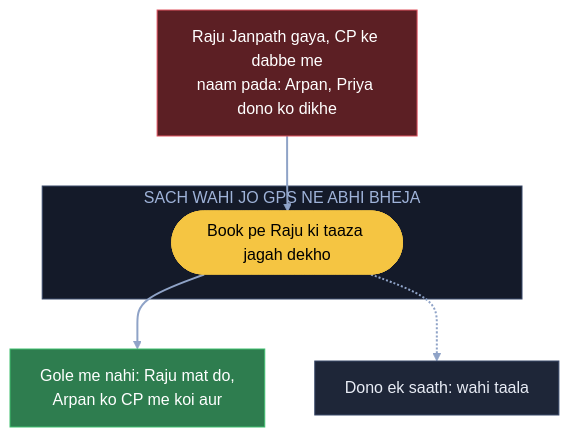
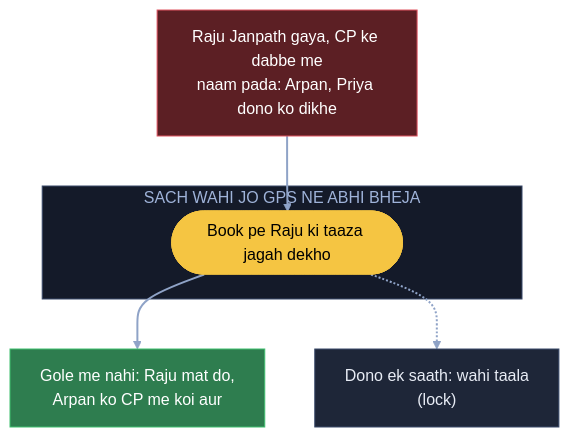
One commit to ArpanMaheshwari144/Prep changed the sixth of 16 diagrams in 04_HLD/SYSTEM_DESIGNS/15_uber/15_uber.md. Above: the diagram before and after it, drawn with Mermaid. The commit also changed other lines of this file and 22 other files, not shown here.

Commit message:
Diagram: sirf kahani ke dohraaye shabd pe bracket, us jagah notes wala matlab (207 label)

````diff
--- a/04_HLD/SYSTEM_DESIGNS/15_uber/15_uber.md
+++ b/04_HLD/SYSTEM_DESIGNS/15_uber/15_uber.md
@@ -320,18 +320,18 @@
 ```mermaid
 flowchart TB
     X["Raju Janpath gaya, CP ke dabbe me<br/>naam pada: Arpan, Priya dono ko dikhe"]:::bad
     subgraph TJ["SACH WAHI JO GPS NE ABHI BHEJA"]
         L(["Book pe Raju ki taaza jagah dekho"]):::pill
     end
     N["Gole me nahi: Raju mat do,<br/>Arpan ko CP me koi aur"]:::good
-    T["Dono ek saath: wahi taala"]:::card
+    T["Dono ek saath: wahi taala<br/>(lock)"]:::card
     X --> L
     L --> N
     L -.-> T
     linkStyle default stroke:#8fa3c7,stroke-width:2px
     classDef card fill:#1e2638,stroke:#3a4a6b,color:#e8ecf5
     classDef pill fill:#f5c542,stroke:#f5c542,color:#000
     classDef good fill:#2e7d4f,stroke:#3fbf6f,color:#fff
     classDef bad fill:#5c1f24,stroke:#e05561,color:#fff
     style TJ fill:#141a29,stroke:#3a4a6b,color:#9fb3d9
 ```
````
